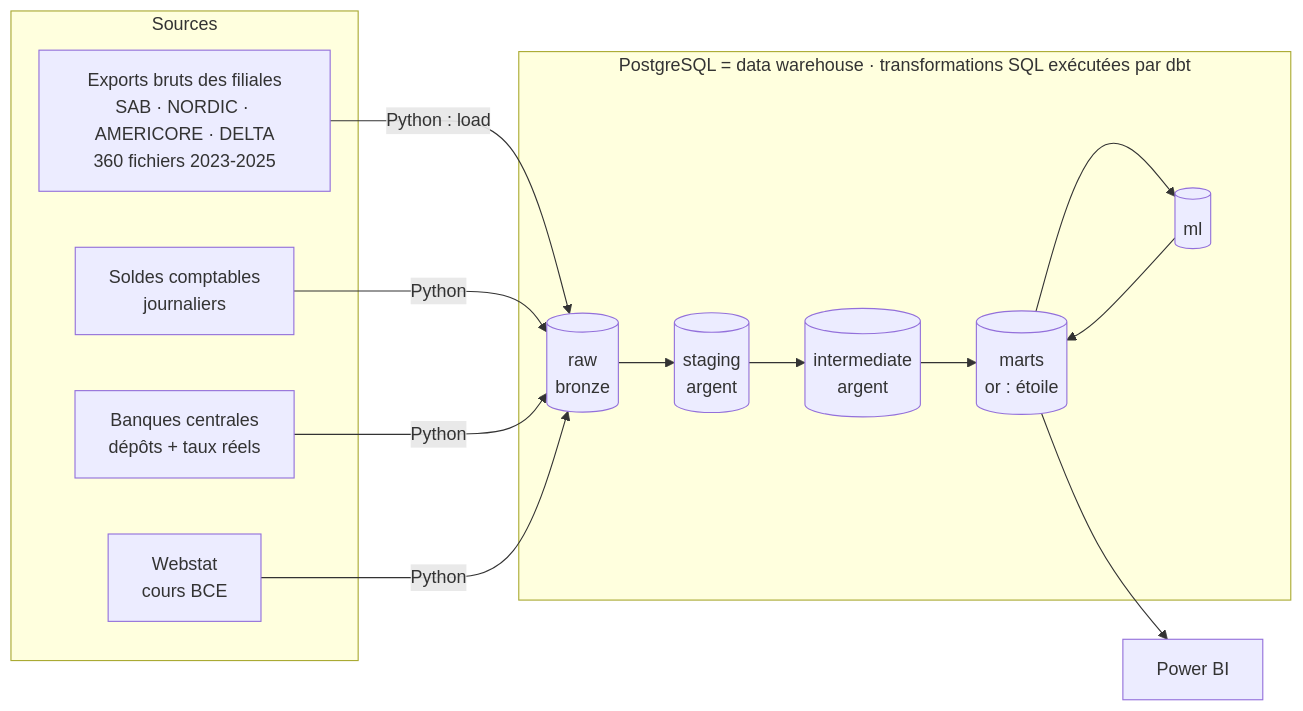
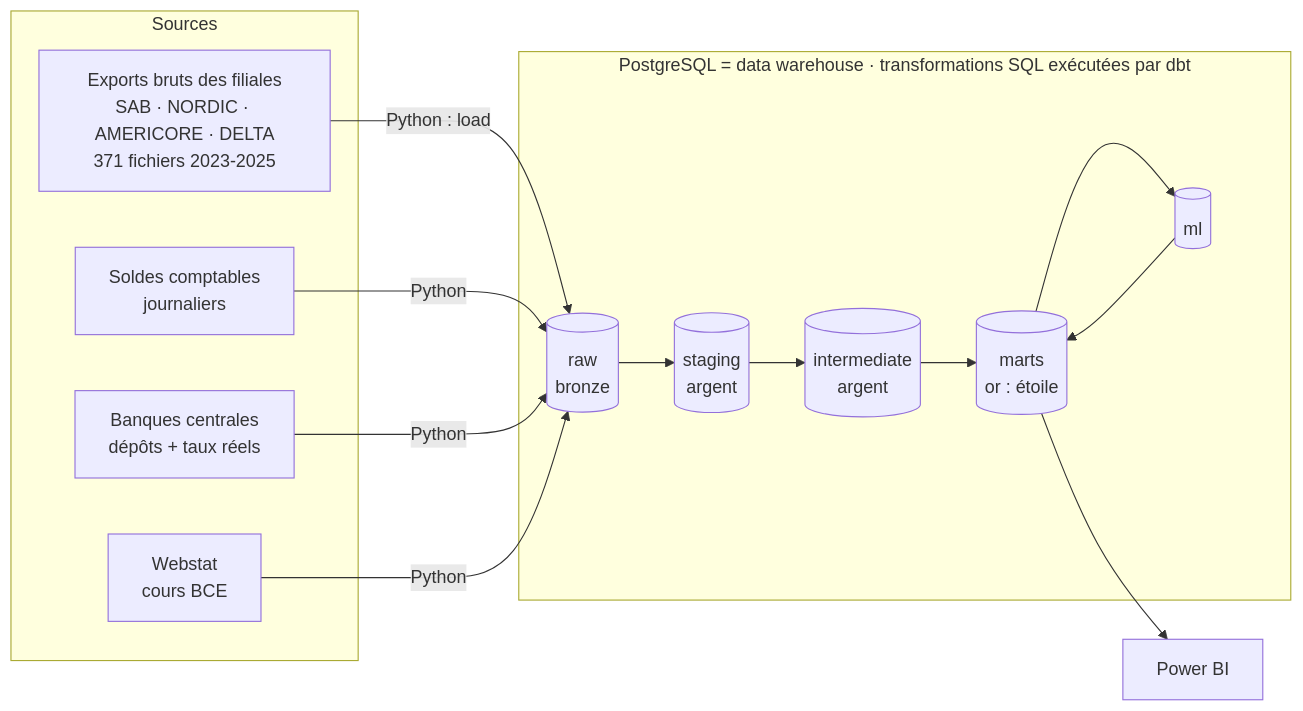
Before and after one commit to mehdi182003/projet_bi_finance: the first of 2 diagrams in README.md, drawn with Mermaid. The commit also changed other lines of this file and 44 other files, not shown here.

````diff
--- a/README.md
+++ b/README.md
@@ -21,18 +21,18 @@
 ```mermaid
 flowchart LR
     subgraph Sources
-        F[Exports bruts des filiales<br/>SAB · NORDIC · AMERICORE · DELTA<br/>360 fichiers 2023-2025]
+        F[Exports bruts des filiales<br/>SAB · NORDIC · AMERICORE · DELTA<br/>371 fichiers 2023-2025]
         GL[Soldes comptables<br/>journaliers]
         BC[Banques centrales<br/>dépôts + taux réels]
         W[Webstat<br/>cours BCE]
     end
     subgraph PostgreSQL [PostgreSQL = data warehouse · transformations SQL exécutées par dbt]
         RAW[(raw<br/>bronze)] --> STG[(staging<br/>argent)] --> INT[(intermediate<br/>argent)] --> MARTS[(marts<br/>or : étoile)]
         MARTS --> ML[(ml)] --> MARTS
     end
     F -- Python : load --> RAW
     GL -- Python --> RAW
     BC -- Python --> RAW
     W -- Python --> RAW
     MARTS --> PBI[Power BI]
 ```
````
